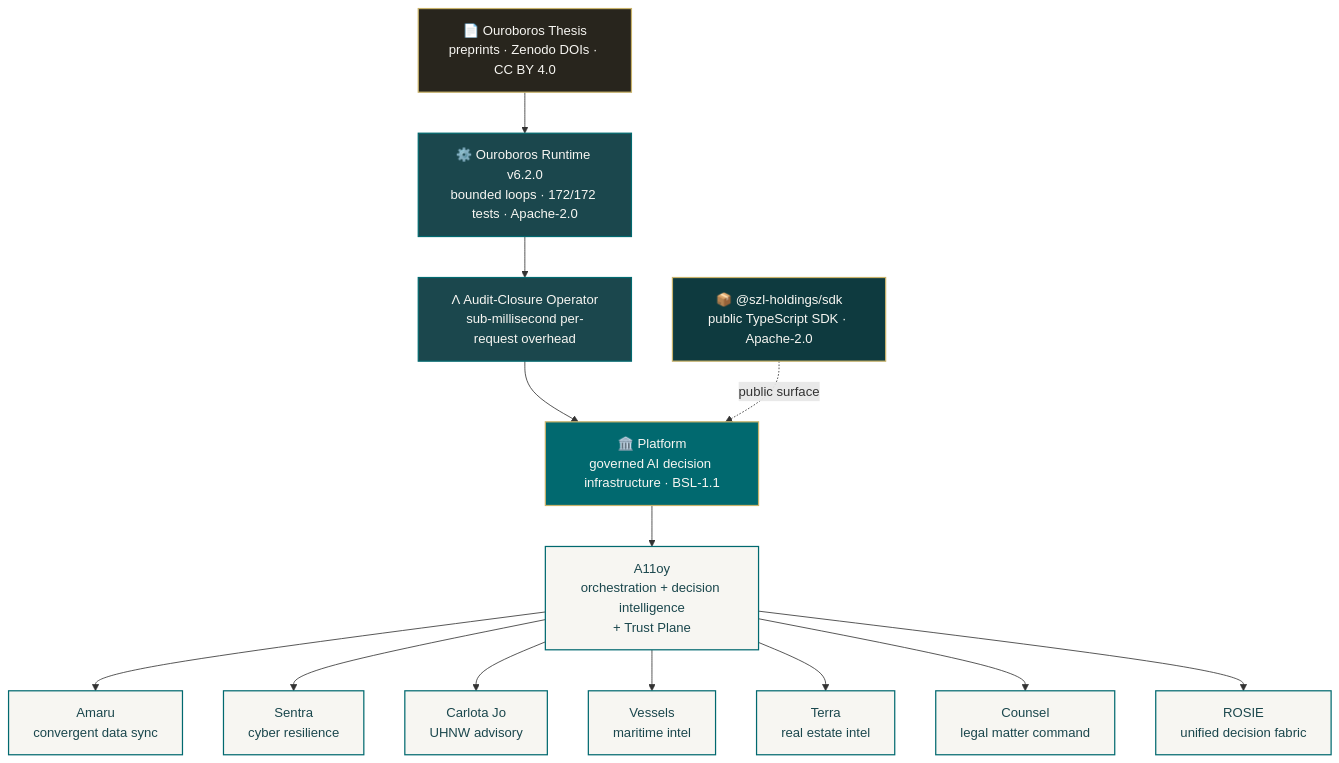
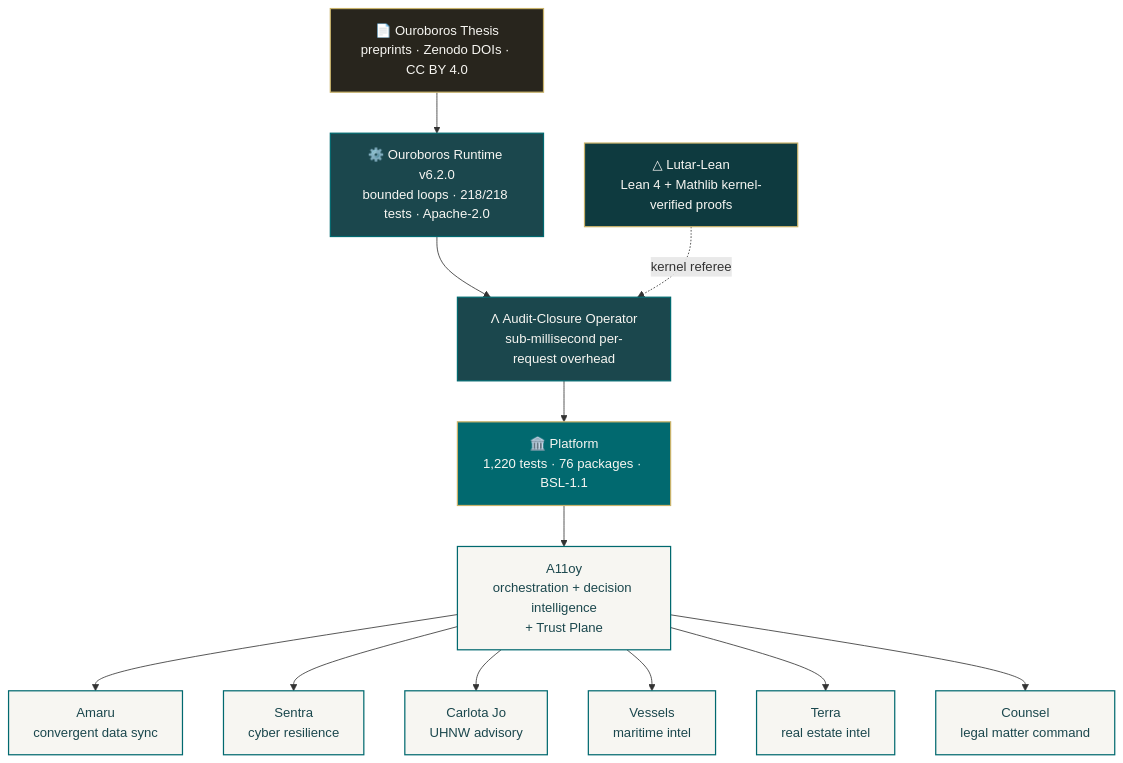
One commit to szl-holdings/.github changed the diagram in profile/README.md. Above: the diagram before and after it, drawn with Mermaid. The commit also changed other lines of this file, not shown here.

First line of the commit message:
profile: Series-A overhaul — fix broken links, verified counts, v11 DOI table, add Lean kernel (#21)

````diff
--- a/profile/README.md
+++ b/profile/README.md
@@ -41,34 +41,32 @@
 ```mermaid
 flowchart TD
     classDef research fill:#28251D,stroke:#C8B26A,color:#F7F6F2,stroke-width:1.5px;
     classDef runtime  fill:#1B474D,stroke:#01696F,color:#F7F6F2,stroke-width:1.5px;
     classDef sdk      fill:#0E3A3F,stroke:#C8B26A,color:#F7F6F2,stroke-width:1.5px;
     classDef platform fill:#01696F,stroke:#C8B26A,color:#F7F6F2,stroke-width:1.5px;
     classDef surface  fill:#F7F6F2,stroke:#01696F,color:#1B474D,stroke-width:1.5px;
 
     T["📄 Ouroboros Thesis<br/>preprints · Zenodo DOIs · CC BY 4.0"]:::research
-    R["⚙️ Ouroboros Runtime v6.2.0<br/>bounded loops · 172/172 tests · Apache-2.0"]:::runtime
+    R["⚙️ Ouroboros Runtime v6.2.0<br/>bounded loops · 218/218 tests · Apache-2.0"]:::runtime
     L["Λ Audit-Closure Operator<br/>sub-millisecond per-request overhead"]:::runtime
-    SDK["📦 @szl-holdings/sdk<br/>public TypeScript SDK · Apache-2.0"]:::sdk
-    P["🏛️ Platform<br/>governed AI decision infrastructure · BSL-1.1"]:::platform
+    K["△ Lutar-Lean<br/>Lean 4 + Mathlib kernel-verified proofs"]:::sdk
+    P["🏛️ Platform<br/>1,220 tests · 76 packages · BSL-1.1"]:::platform
 
     A["A11oy<br/>orchestration + decision intelligence<br/>+ Trust Plane"]:::surface
     AM["Amaru<br/>convergent data sync"]:::surface
     S["Sentra<br/>cyber resilience"]:::surface
     CJ["Carlota Jo<br/>UHNW advisory"]:::surface
     V["Vessels<br/>maritime intel"]:::surface
     TE["Terra<br/>real estate intel"]:::surface
     C["Counsel<br/>legal matter command"]:::surface
-    RO["ROSIE<br/>unified decision fabric"]:::surface
 
     T --> R --> L --> P
-    SDK -.public surface.-> P
+    K -.kernel referee.-> L
     P --> A
     A --> AM
     A --> S
     A --> CJ
     A --> V
     A --> TE
     A --> C
-    A --> RO
 ```
````
